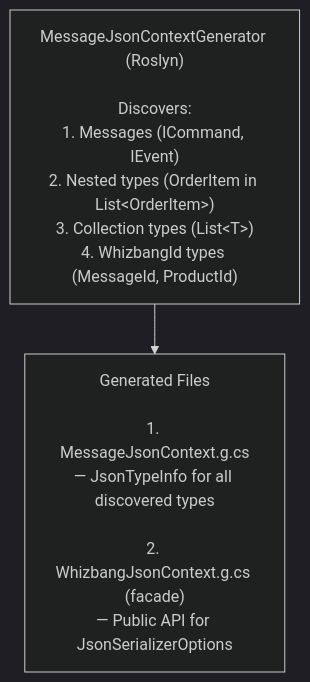
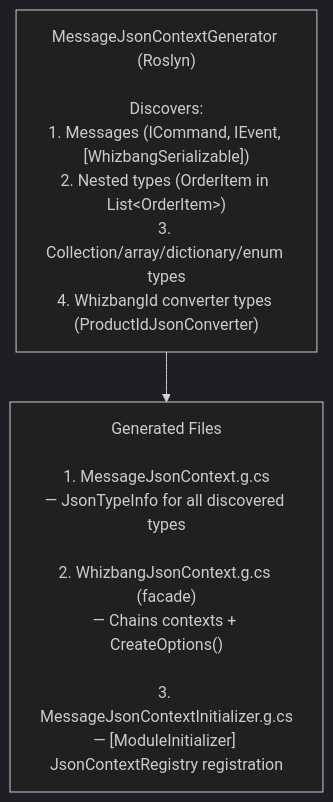
One commit to whizbang-lib/whizbang-lib.github.io changed the diagram in src/assets/docs/v1.0.0/extending/source-generators/json-contexts.md. Above: the diagram before and after it, drawn with Mermaid (dark theme). The commit also changed other lines of this file and 107 other files, not shown here.

````diff
--- a/src/assets/docs/v1.0.0/extending/source-generators/json-contexts.md
+++ b/src/assets/docs/v1.0.0/extending/source-generators/json-contexts.md
@@ -63,10 +72,10 @@
 ```mermaid
 flowchart TD
-    Generator["MessageJsonContextGenerator (Roslyn)<br/><br/>Discovers:<br/>1. Messages (ICommand, IEvent)<br/>2. Nested types (OrderItem in List&lt;OrderItem&gt;)<br/>3. Collection types (List&lt;T&gt;)<br/>4. WhizbangId types (MessageId, ProductId)"]
-    Generated["Generated Files<br/><br/>1. MessageJsonContext.g.cs<br/>— JsonTypeInfo for all discovered types<br/><br/>2. WhizbangJsonContext.g.cs (facade)<br/>— Public API for JsonSerializerOptions"]
+    Generator["MessageJsonContextGenerator (Roslyn)<br/><br/>Discovers:<br/>1. Messages (ICommand, IEvent, [WhizbangSerializable])<br/>2. Nested types (OrderItem in List&lt;OrderItem&gt;)<br/>3. Collection/array/dictionary/enum types<br/>4. WhizbangId converter types (ProductIdJsonConverter)"]
+    Generated["Generated Files<br/><br/>1. MessageJsonContext.g.cs<br/>— JsonTypeInfo for all discovered types<br/><br/>2. WhizbangJsonContext.g.cs (facade)<br/>— Chains contexts + CreateOptions()<br/><br/>3. MessageJsonContextInitializer.g.cs<br/>— [ModuleInitializer] JsonContextRegistry registration"]
 
     Generator --> Generated
 
     class Generator layer-infrastructure
     class Generated layer-core
 ```
````
